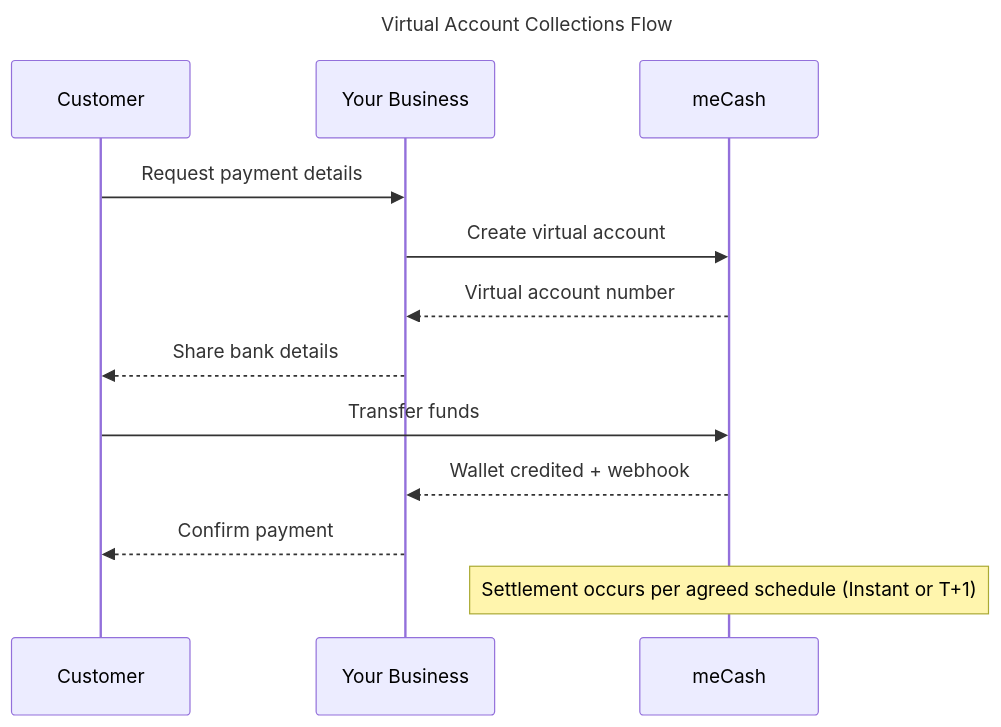
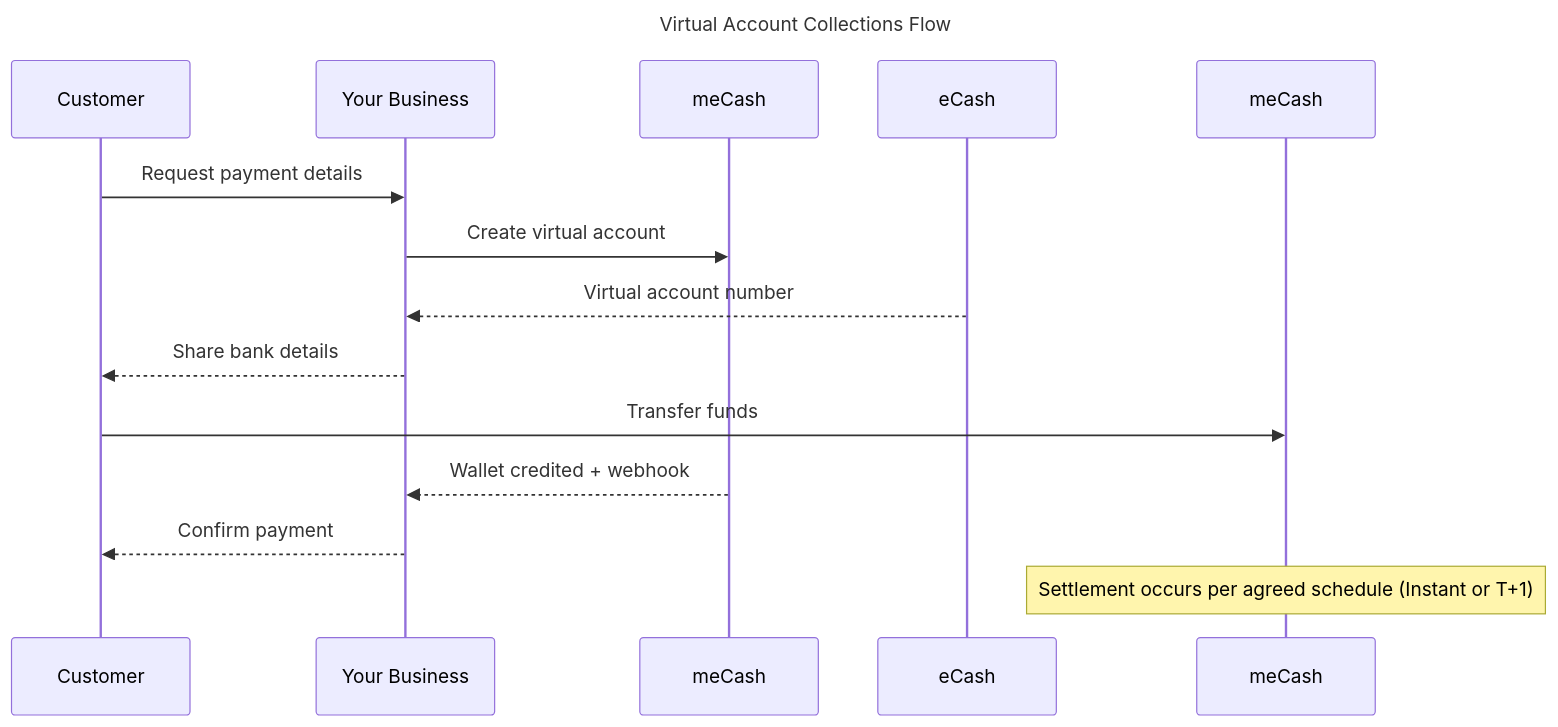
Before and after one commit to Ejiro-mecash/docs: the diagram in virtual-accounts-docs/about-virtual-account.mdx, drawn with Mermaid. The commit also changed other lines of this file and 1 other file, not shown here.

````diff
--- a/virtual-accounts-docs/about-virtual-account.mdx
+++ b/virtual-accounts-docs/about-virtual-account.mdx
@@ -60,19 +61,19 @@
 ```mermaid
 sequenceDiagram
     title: Virtual Account Collections Flow
 
     participant Customer
     participant Business as Your Business
     participant MeCash as meCash
 
     Customer->>Business: Request payment details
     Business->>MeCash: Create virtual account
-    MeCash-->>Business: Virtual account number
+    eCash-->>Business: Virtual account number
     Business-->>Customer: Share bank details
 
-    Customer->>MeCash: Transfer funds
+    Customer->>meCash: Transfer funds
     MeCash-->>Business: Wallet credited + webhook
     Business-->>Customer: Confirm payment
 
-    Note over MeCash: Settlement occurs per agreed schedule (Instant or T+1)
+    Note over meCash: Settlement occurs per agreed schedule (Instant or T+1)
 ```
````
